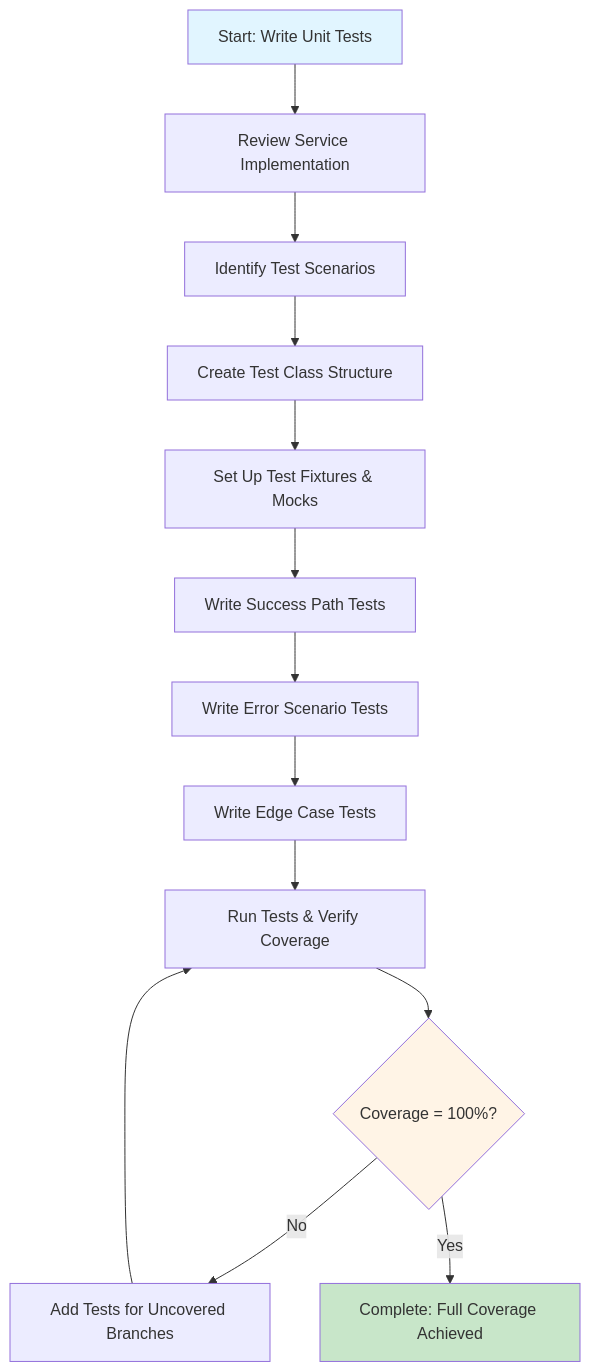
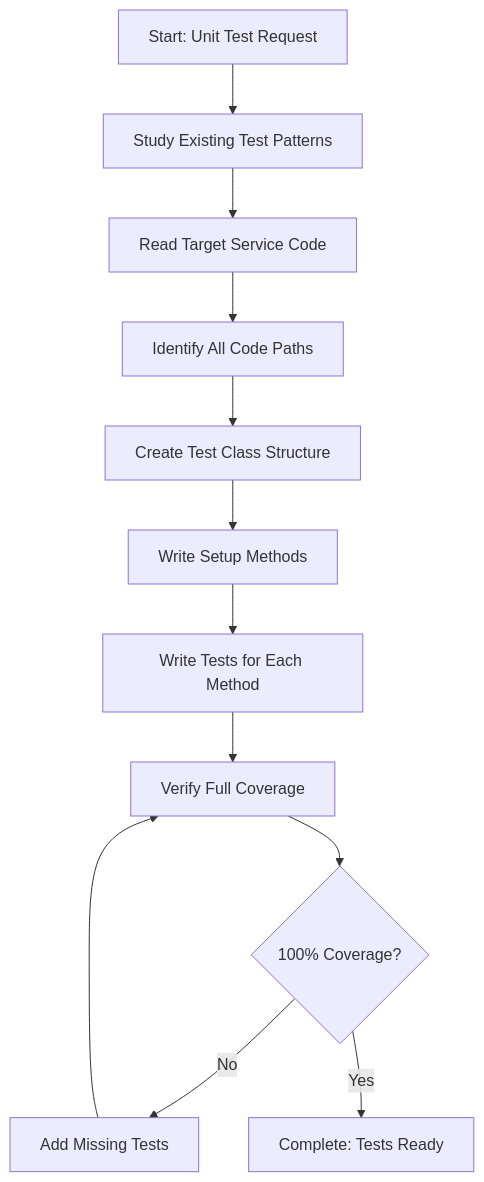
The diagram in .processes/steps/testing/write-unit-tests-service.md (HMTools/agentic-processes), drawn with Mermaid before and after one commit. The commit also changed other lines of this file and 73 other files, not shown here.

````diff
--- a/.processes/steps/testing/write-unit-tests-service.md
+++ b/.processes/steps/testing/write-unit-tests-service.md
@@ -83,19 +74,14 @@
 ```mermaid
 flowchart TD
-    A[Start: Write Unit Tests] --> B[Review Service Implementation]
-    B --> C[Identify Test Scenarios]
-    C --> D[Create Test Class Structure]
-    D --> E[Set Up Test Fixtures & Mocks]
-    E --> F[Write Success Path Tests]
-    F --> G[Write Error Scenario Tests]
-    G --> H[Write Edge Case Tests]
-    H --> I[Run Tests & Verify Coverage]
-    I --> J{Coverage = 100%?}
-    J -->|No| K[Add Tests for Uncovered Branches]
-    K --> I
-    J -->|Yes| L[Complete: Full Coverage Achieved]
-    
-    style A fill:#e1f5ff
-    style L fill:#c8e6c9
-    style J fill:#fff4e6
+    A[Start: Unit Test Request] --> B[Study Existing Test Patterns]
+    B --> C[Read Target Service Code]
+    C --> D[Identify All Code Paths]
+    D --> E[Create Test Class Structure]
+    E --> F[Write Setup Methods]
+    F --> G[Write Tests for Each Method]
+    G --> H[Verify Full Coverage]
+    H --> I{100% Coverage?}
+    I -->|No| J[Add Missing Tests]
+    J --> H
+    I -->|Yes| K[Complete: Tests Ready]
 ```
````
